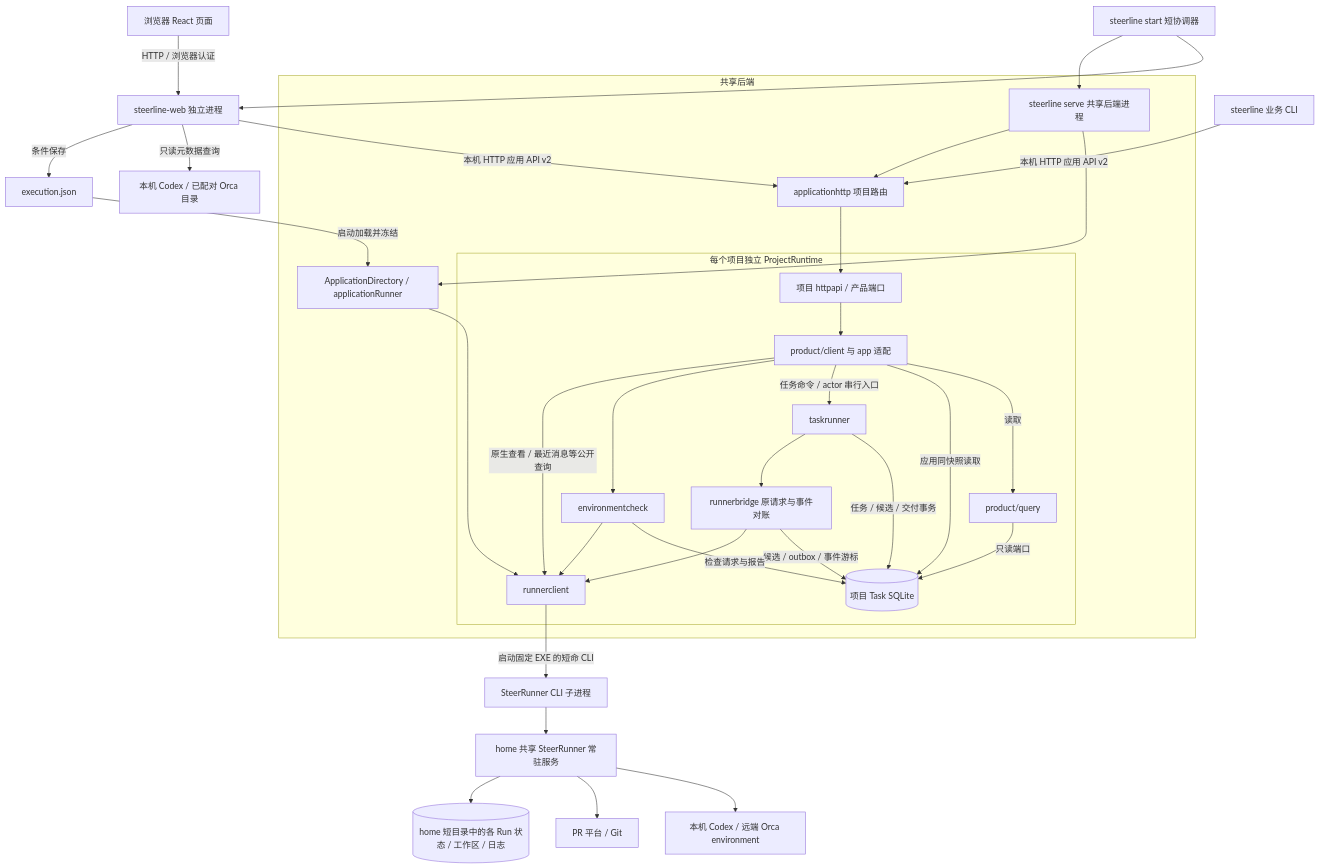
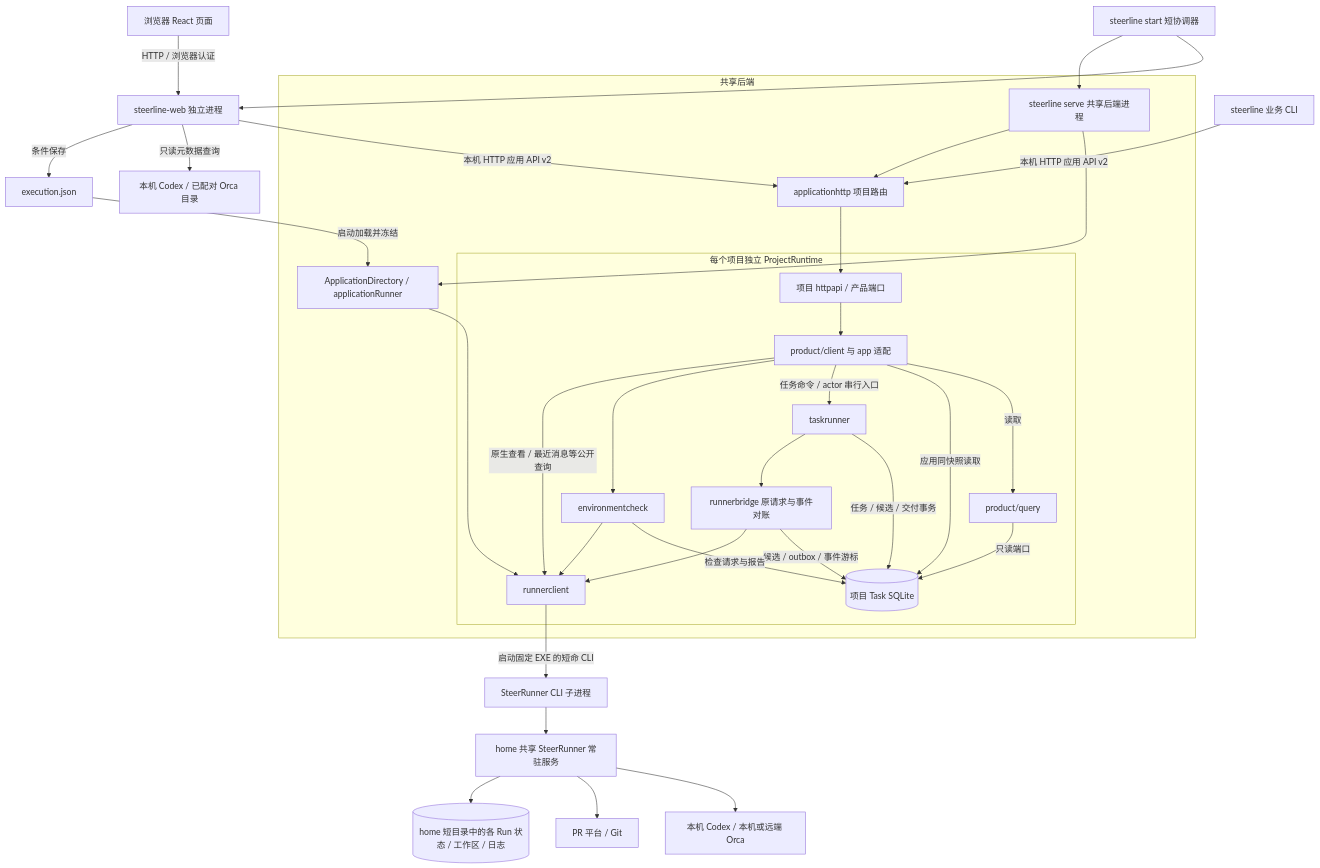
Before and after one commit to erranliu/SteerLine: the first of 3 diagrams in docs/architecture/current-code-architecture.md, drawn with Mermaid. The commit also changed other lines of this file and 27 other files, not shown here.

````diff
--- a/docs/architecture/current-code-architecture.md
+++ b/docs/architecture/current-code-architecture.md
@@ -15,37 +15,37 @@
 ```mermaid
 flowchart TB
     Start[steerline start 短协调器] --> Web[steerline-web 独立进程]
     Start --> Serve[steerline serve 共享后端进程]
     Browser[浏览器 React 页面] -->|HTTP / 浏览器认证| Web
     Web -->|本机 HTTP 应用 API v2| Router
     Web -->|只读元数据查询| Catalog[本机 Codex / 已配对 Orca 目录]
     Web -->|条件保存| ConfigFile[execution.json]
     ConfigFile -->|启动加载并冻结| Owner
     CLI[steerline 业务 CLI] -->|本机 HTTP 应用 API v2| Router
     subgraph Backend[共享后端]
         Serve --> Owner[ApplicationDirectory / applicationRunner]
         Owner --> RC
         Serve --> Router[applicationhttp 项目路由]
         Router --> Port[项目 httpapi / 产品端口]
         subgraph Project[每个项目独立 ProjectRuntime]
             Port --> Product[product/client 与 app 适配]
             Product -->|读取| Query[product/query]
             Query -->|只读端口| DB[(项目 Task SQLite)]
             Product -->|应用同快照读取| DB
             Product -->|任务命令 / actor 串行入口| Actor[taskrunner]
             Actor -->|任务 / 候选 / 交付事务| DB
             Actor --> Bridge[runnerbridge 原请求与事件对账]
             Bridge -->|候选 / outbox / 事件游标| DB
             Product --> Check[environmentcheck]
             Check -->|检查请求与报告| DB
             Bridge --> RC[runnerclient]
             Check --> RC
             Product -->|原生查看 / 最近消息等公开查询| RC
         end
     end
     RC -->|启动固定 EXE 的短命 CLI| RunnerCLI[SteerRunner CLI 子进程]
     RunnerCLI --> Runner[home 共享 SteerRunner 常驻服务]
-    Runner --> Native[本机 Codex / 远端 Orca environment]
+    Runner --> Native[本机 Codex / 本机或远端 Orca]
     Runner --> PR[PR 平台 / Git]
     Runner --> RunnerState[(home 短目录中的各 Run 状态 / 工作区 / 日志)]
 ```
````
